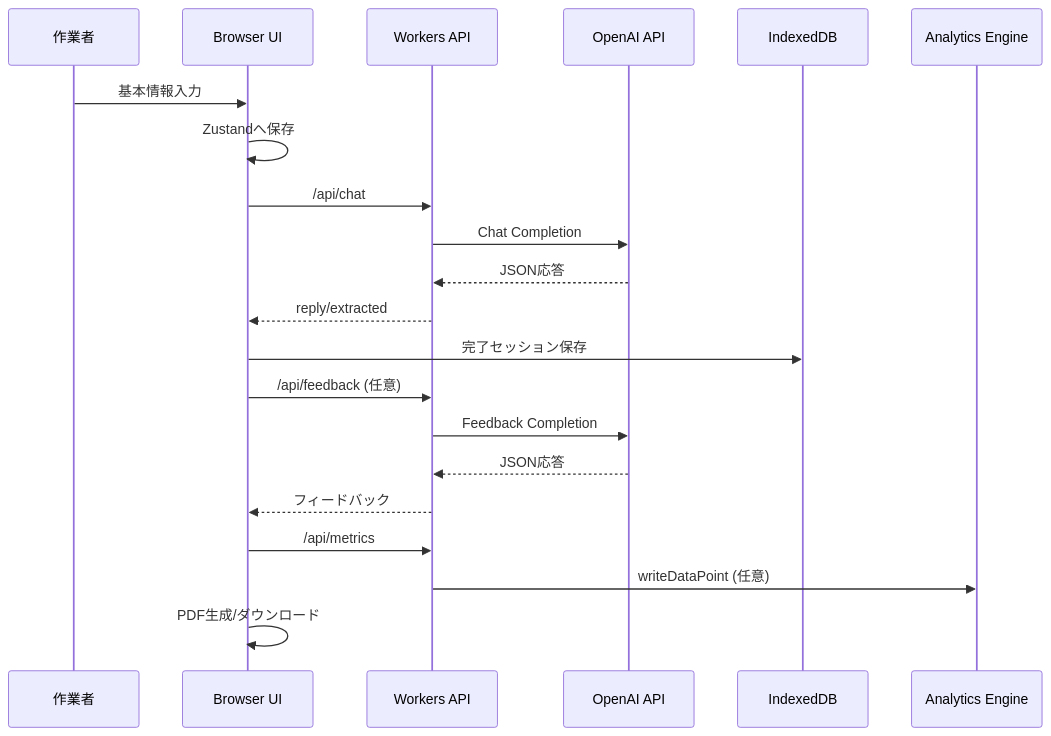
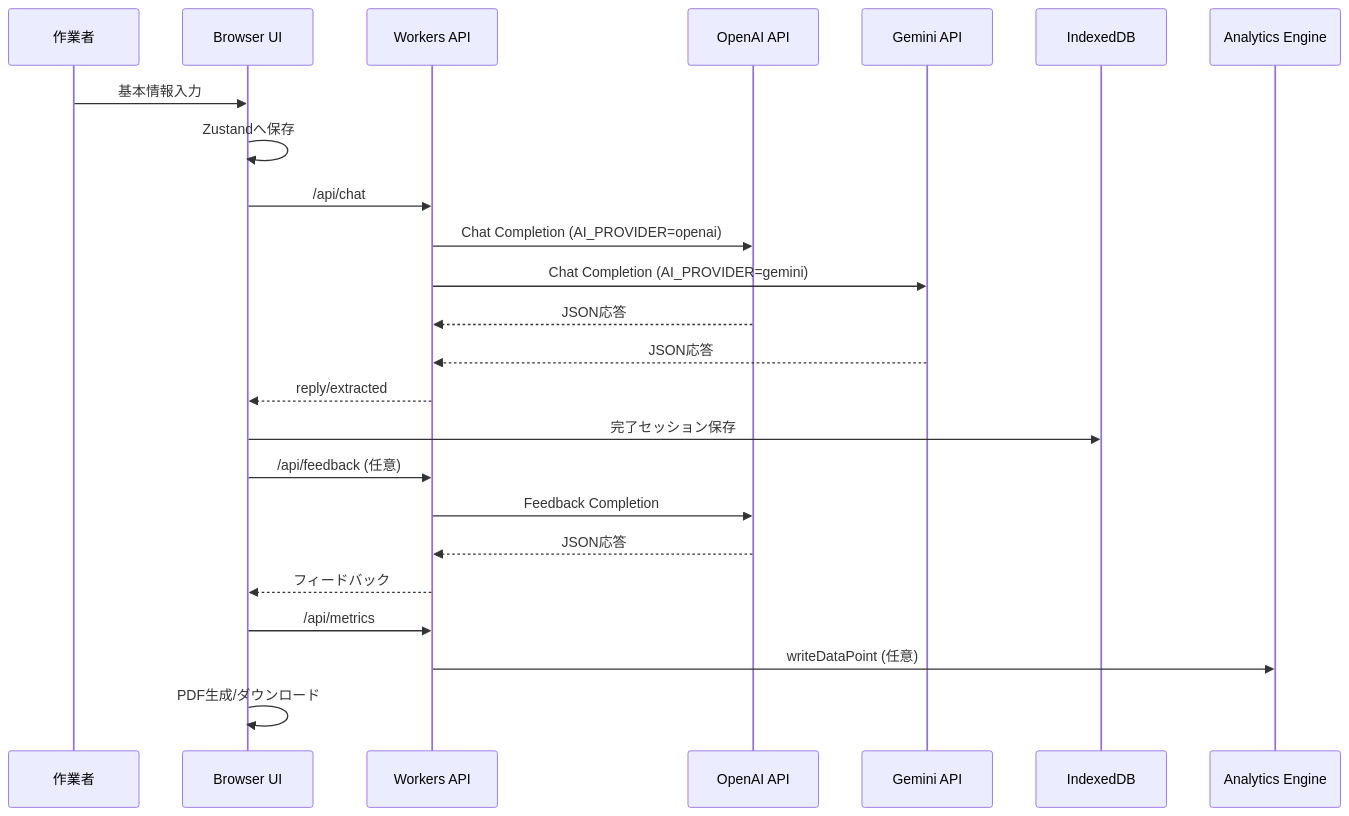
The third of 5 diagrams in apps/v2-modern/docs/30_design/01_System_Architecture.md (Ibar-Aki/solar-aldrin), drawn with Mermaid before and after one commit. The commit also changed other lines of this file and 20 other files, not shown here.

````diff
--- a/apps/v2-modern/docs/30_design/01_System_Architecture.md
+++ b/apps/v2-modern/docs/30_design/01_System_Architecture.md
@@ -76,24 +80,27 @@
 ```mermaid
 sequenceDiagram
   participant User as 作業者
   participant UI as Browser UI
   participant Workers as Workers API
   participant OpenAI as OpenAI API
+  participant Gemini as Gemini API
   participant DB as IndexedDB
   participant AE as Analytics Engine
 
   User->>UI: 基本情報入力
   UI->>UI: Zustandへ保存
   UI->>Workers: /api/chat
-  Workers->>OpenAI: Chat Completion
+  Workers->>OpenAI: Chat Completion (AI_PROVIDER=openai)
+  Workers->>Gemini: Chat Completion (AI_PROVIDER=gemini)
   OpenAI-->>Workers: JSON応答
+  Gemini-->>Workers: JSON応答
   Workers-->>UI: reply/extracted
   UI->>DB: 完了セッション保存
   UI->>Workers: /api/feedback (任意)
   Workers->>OpenAI: Feedback Completion
   OpenAI-->>Workers: JSON応答
   Workers-->>UI: フィードバック
   UI->>Workers: /api/metrics
   Workers->>AE: writeDataPoint (任意)
   UI->>UI: PDF生成/ダウンロード
 ```
````
